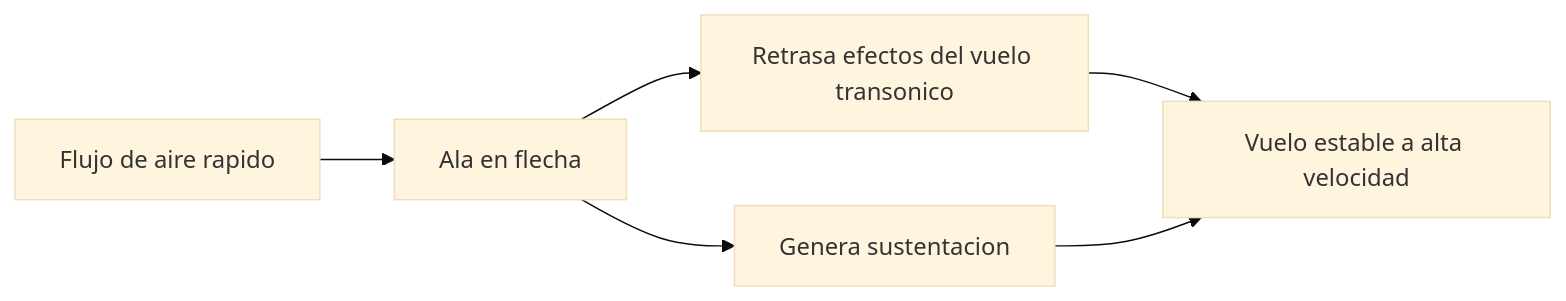
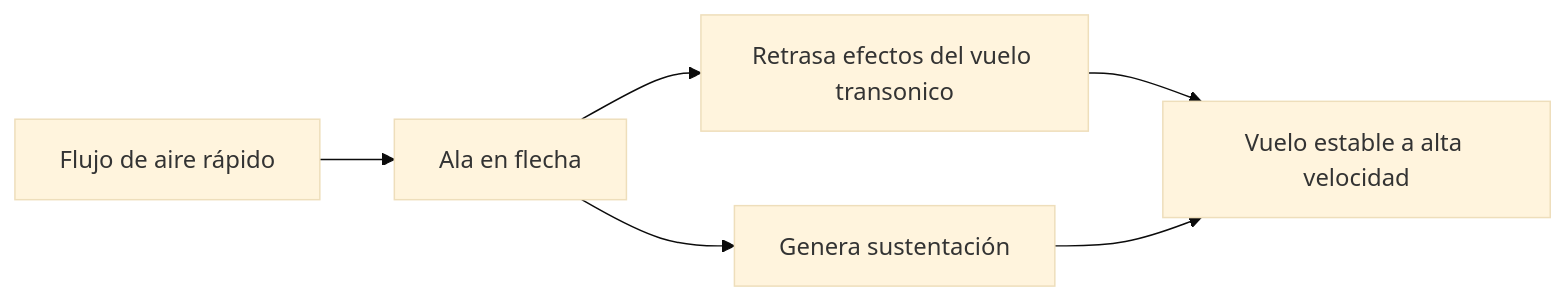
Before and after one commit to vladimiracunadev-create/machine-operator-program: the second of 3 diagrams in vehiculos/aviones-combate/operacion/sistemas-mecanicos-avion-combate.md, drawn with Mermaid (base theme). The commit also changed other lines of this file and 442 other files, not shown here.

````diff
--- a/vehiculos/aviones-combate/operacion/sistemas-mecanicos-avion-combate.md
+++ b/vehiculos/aviones-combate/operacion/sistemas-mecanicos-avion-combate.md
@@ -48,8 +48,8 @@
 ```mermaid
 flowchart LR
-    Aire[Flujo de aire rapido] --> Ala[Ala en flecha]
+    Aire[Flujo de aire rápido] --> Ala[Ala en flecha]
     Ala --> Retraso[Retrasa efectos del vuelo transonico]
-    Ala --> Sust[Genera sustentacion]
+    Ala --> Sust[Genera sustentación]
     Retraso --> Control[Vuelo estable a alta velocidad]
     Sust --> Control
 ```
````
